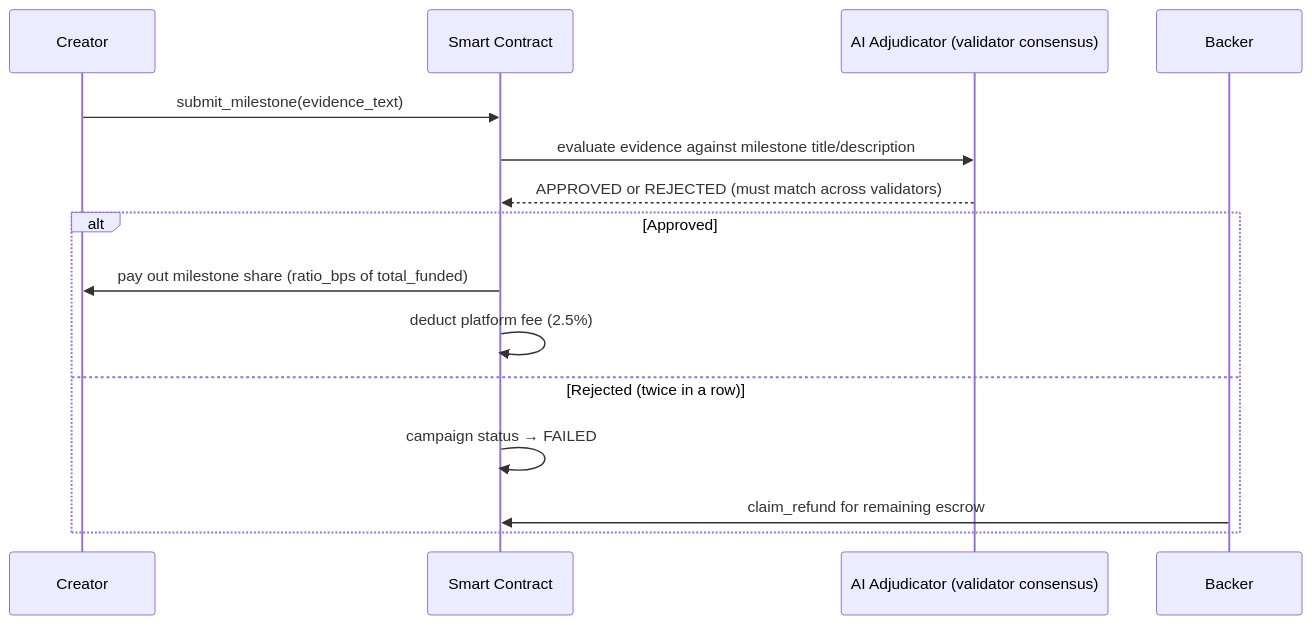
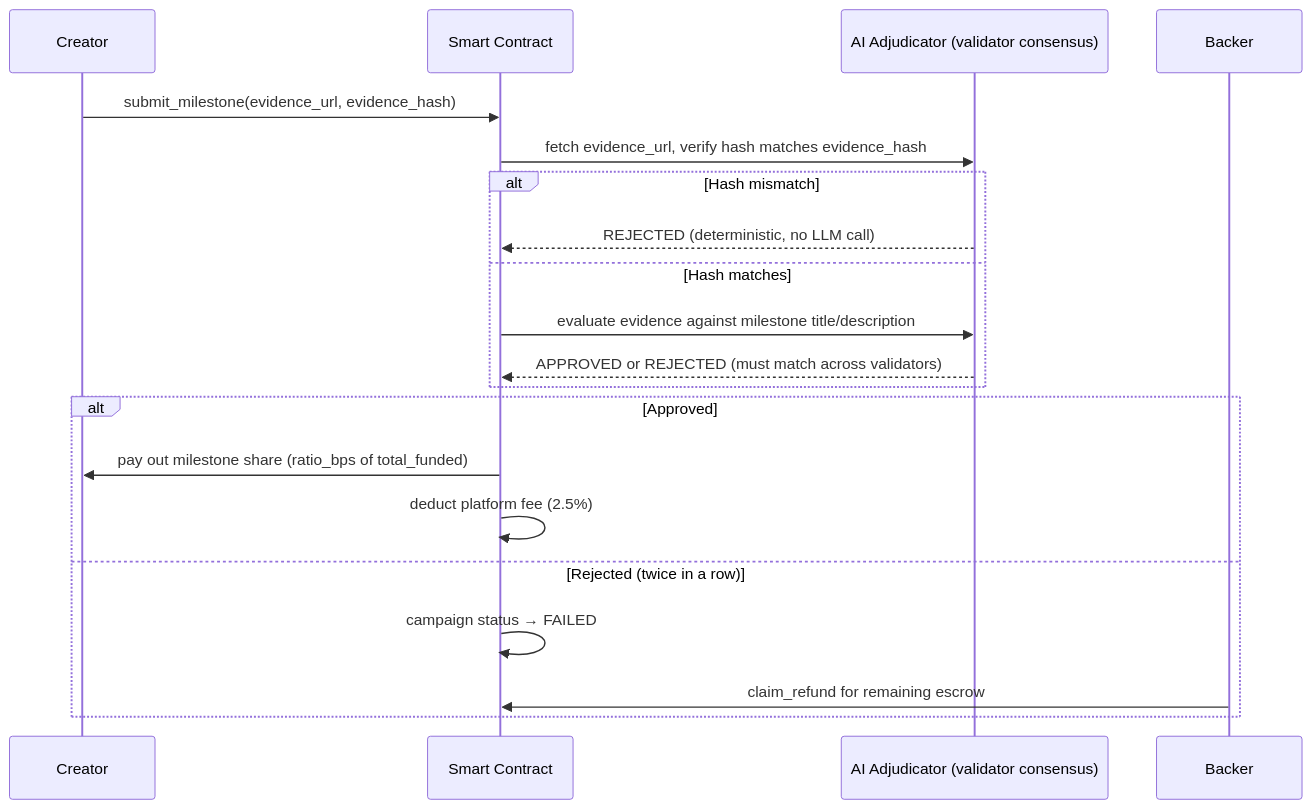
The second of 2 diagrams in README.md (reza9133/pledgelayer), drawn with Mermaid before and after one commit. The commit also changed other lines of this file, not shown here.

````diff
--- a/README.md
+++ b/README.md
@@ -65,18 +67,23 @@
 ```mermaid
 sequenceDiagram
     participant C as Creator
     participant K as Smart Contract
     participant AI as AI Adjudicator (validator consensus)
     participant B as Backer
 
-    C->>K: submit_milestone(evidence_text)
-    K->>AI: evaluate evidence against milestone title/description
-    AI-->>K: APPROVED or REJECTED (must match across validators)
+    C->>K: submit_milestone(evidence_url, evidence_hash)
+    K->>AI: fetch evidence_url, verify hash matches evidence_hash
+    alt Hash mismatch
+        AI-->>K: REJECTED (deterministic, no LLM call)
+    else Hash matches
+        K->>AI: evaluate evidence against milestone title/description
+        AI-->>K: APPROVED or REJECTED (must match across validators)
+    end
     alt Approved
         K->>C: pay out milestone share (ratio_bps of total_funded)
         K->>K: deduct platform fee (2.5%)
     else Rejected (twice in a row)
         K->>K: campaign status → FAILED
         B->>K: claim_refund for remaining escrow
     end
 ```
````
